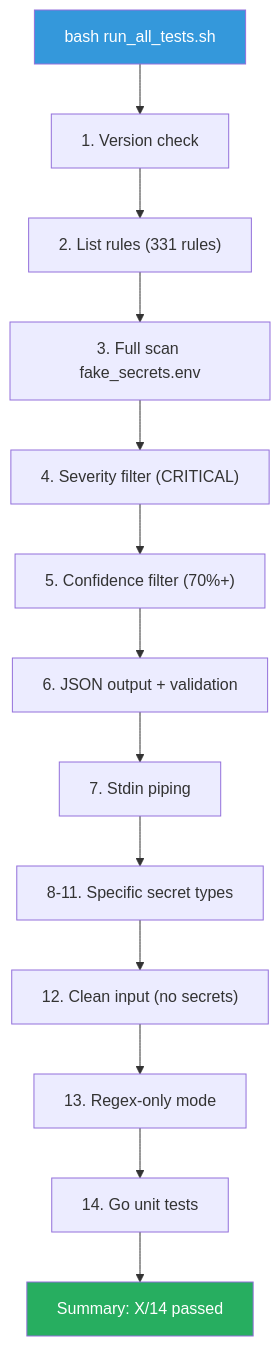
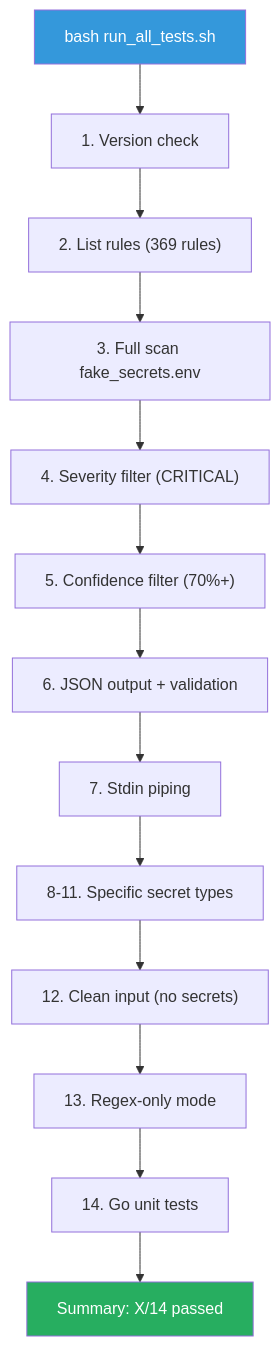
Before and after one commit to svemulapati/CredVigil: diagram 30 of 32 in docs/training/100_commands_summary.md, drawn with Mermaid. The commit also changed other lines of this file and 20 other files, not shown here.

````diff
--- a/docs/training/100_commands_summary.md
+++ b/docs/training/100_commands_summary.md
@@ -2430,18 +2430,18 @@
 ```mermaid
 flowchart TD
     START["bash run_all_tests.sh"] --> T1["1. Version check"]
-    T1 --> T2["2. List rules (331 rules)"]
+    T1 --> T2["2. List rules (369 rules)"]
     T2 --> T3["3. Full scan fake_secrets.env"]
     T3 --> T4["4. Severity filter (CRITICAL)"]
     T4 --> T5["5. Confidence filter (70%+)"]
     T5 --> T6["6. JSON output + validation"]
     T6 --> T7["7. Stdin piping"]
     T7 --> T8["8-11. Specific secret types"]
     T8 --> T12["12. Clean input (no secrets)"]
     T12 --> T13["13. Regex-only mode"]
     T13 --> T14["14. Go unit tests"]
     T14 --> SUMMARY["Summary: X/14 passed"]
     
     style START fill:#3498db,color:#fff
     style SUMMARY fill:#27ae60,color:#fff
 ```
````
